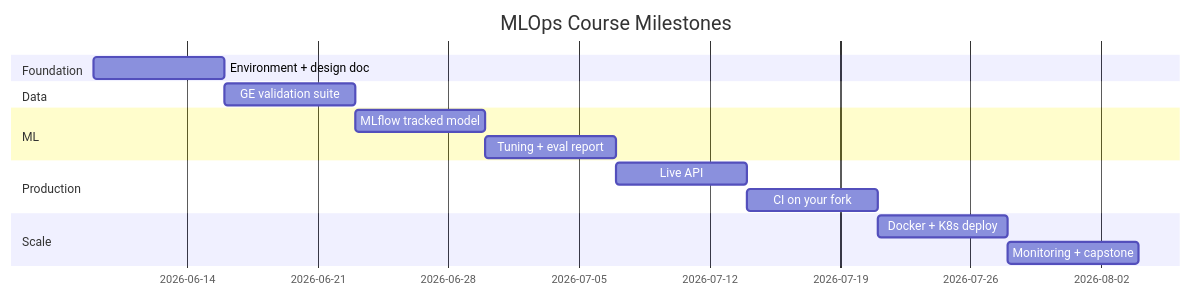
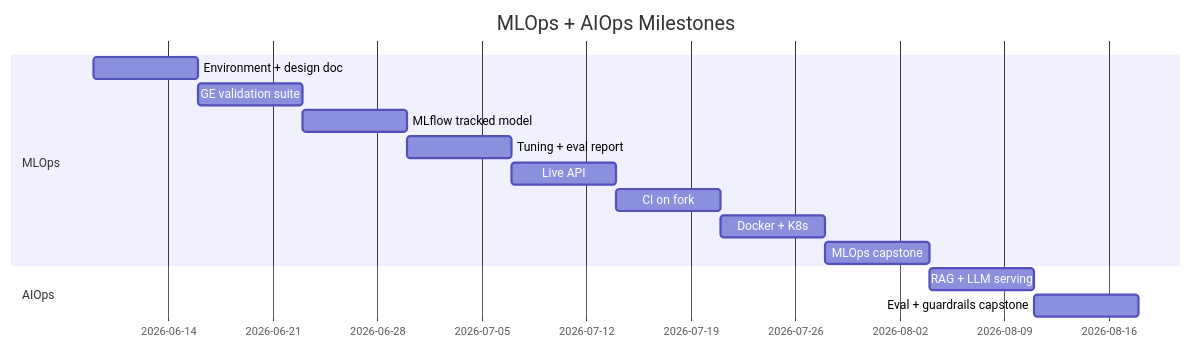
Before and after one commit to RohitJishtu/Made-With-ML: the diagram in docs/course/schedule.md, drawn with Mermaid. The commit also changed other lines of this file and 31 other files, not shown here.

````diff
--- a/docs/course/schedule.md
+++ b/docs/course/schedule.md
@@ -36,18 +38,17 @@
 ```mermaid
 gantt
-    title MLOps Course Milestones
+    title MLOps + AIOps Milestones
     dateFormat YYYY-MM-DD
-    section Foundation
+    section MLOps
     Environment + design doc     :m1, 2026-06-09, 7d
-    section Data
     GE validation suite          :m2, 2026-06-16, 7d
-    section ML
     MLflow tracked model         :m3, 2026-06-23, 7d
     Tuning + eval report         :m4, 2026-06-30, 7d
-    section Production
     Live API                     :m5, 2026-07-07, 7d
-    CI on your fork              :m6, 2026-07-14, 7d
-    section Scale
-    Docker + K8s deploy          :m7, 2026-07-21, 7d
-    Monitoring + capstone      :m8, 2026-07-28, 7d
+    CI on fork                   :m6, 2026-07-14, 7d
+    Docker + K8s                 :m7, 2026-07-21, 7d
+    MLOps capstone               :m8, 2026-07-28, 7d
+    section AIOps
+    RAG + LLM serving            :m9, 2026-08-04, 7d
+    Eval + guardrails capstone   :m10, 2026-08-11, 7d
 ```
````
